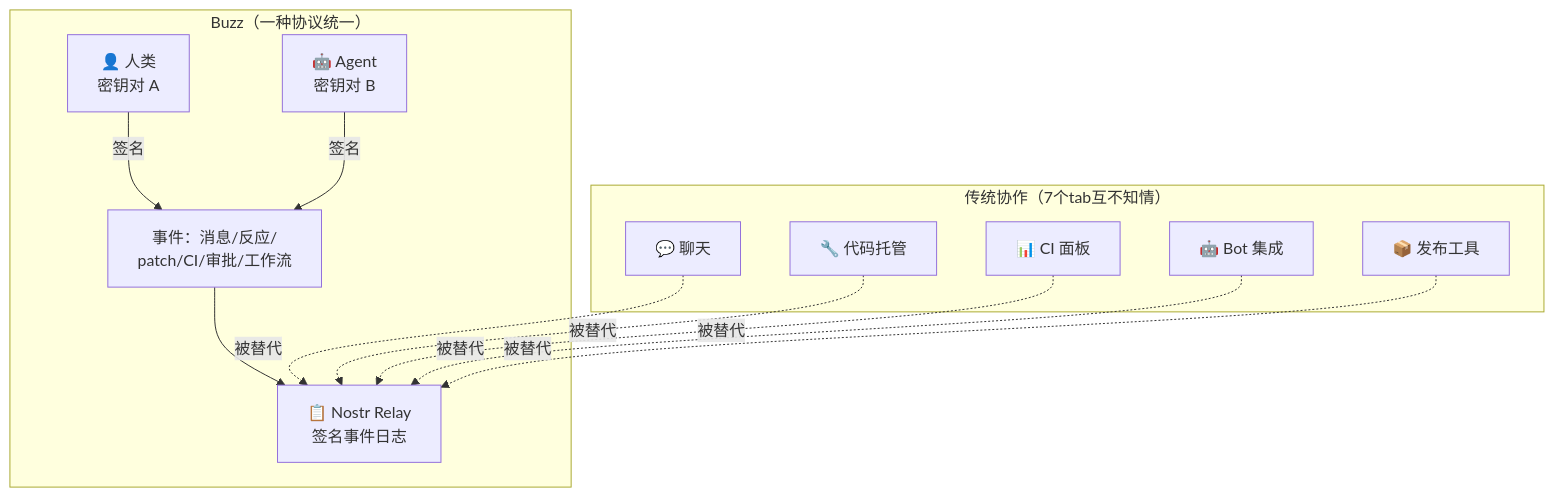
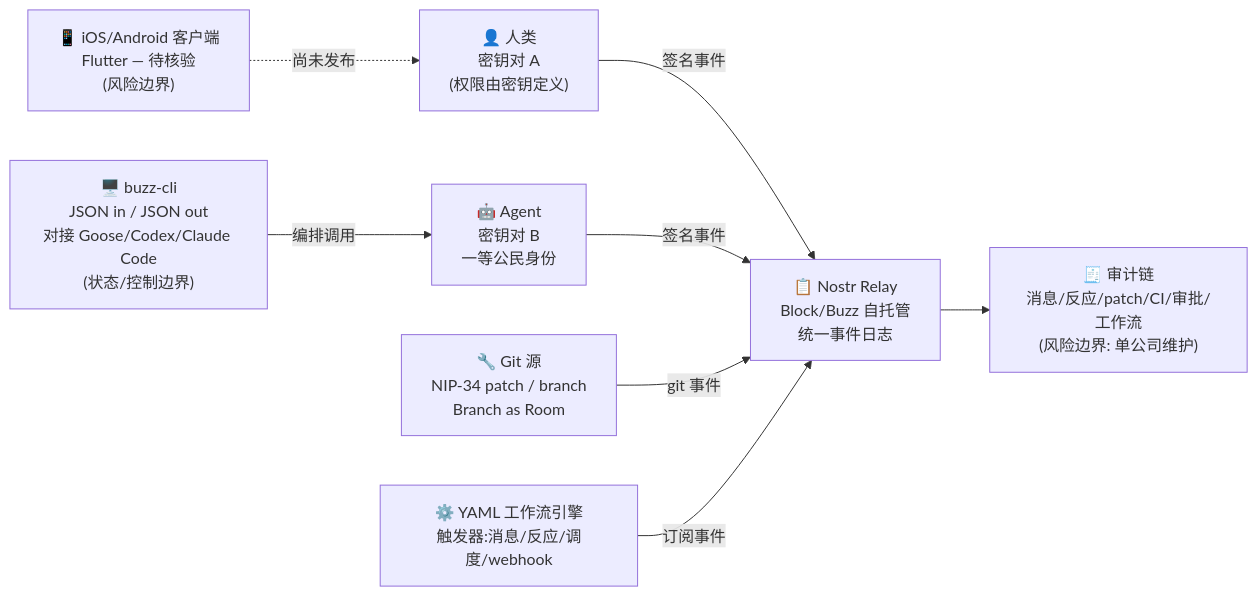
The diagram in projects/block-buzz.md (aiutil/github-researcher), drawn with Mermaid before and after one commit. The commit also changed other lines of this file and 939 other files, not shown here.

Commit message:
feat: add architect briefs and Mermaid project maps

````diff
--- a/projects/block-buzz.md
+++ b/projects/block-buzz.md
@@ -41,27 +54,11 @@
 ```mermaid
-graph TB
-    subgraph "传统协作（7个tab互不知情）"
-        Chat1["💬 聊天"]
-        Forge["🔧 代码托管"]
-        CI["📊 CI 面板"]
-        Bots["🤖 Bot 集成"]
-        Release["📦 发布工具"]
-    end
-    
-    subgraph "Buzz（一种协议统一）"
-        Relay["📋 Nostr Relay<br/>签名事件日志"]
-        Human["👤 人类<br/>密钥对 A"]
-        Agent["🤖 Agent<br/>密钥对 B"]
-        Event["事件：消息/反应/<br/>patch/CI/审批/工作流"]
-        
-        Human -->|签名| Event
-        Agent -->|签名| Event
-        Event --> Relay
-    end
-    
-    Chat1 -.->|被替代| Relay
-    Forge -.->|被替代| Relay
-    CI -.->|被替代| Relay
-    Bots -.->|被替代| Relay
-    Release -.->|被替代| Relay
+flowchart LR
+    Human["👤 人类<br/>密钥对 A<br/>(权限由密钥定义)"] -->|签名事件| Relay["📋 Nostr Relay<br/>Block/Buzz 自托管<br/>统一事件日志"]
+    Agent["🤖 Agent<br/>密钥对 B<br/>一等公民身份"] -->|签名事件| Relay
+    CLI["🖥️ buzz-cli<br/>JSON in / JSON out<br/>对接 Goose/Codex/Claude Code<br/>(状态/控制边界)"] -->|编排调用| Agent
+    Git["🔧 Git 源<br/>NIP-34 patch / branch<br/>Branch as Room"] -->|git 事件| Relay
+    WF["⚙️ YAML 工作流引擎<br/>触发器:消息/反应/调度/webhook"] -->|订阅事件| Relay
+    Mobile["📱 iOS/Android 客户端<br/>Flutter — 待核验<br/>(风险边界)"] -.->|尚未发布| Human
+
+    Relay --> Audit["🧾 审计链<br/>消息/反应/patch/CI/审批/工作流<br/>(风险边界: 单公司维护)"]
 ```
````
